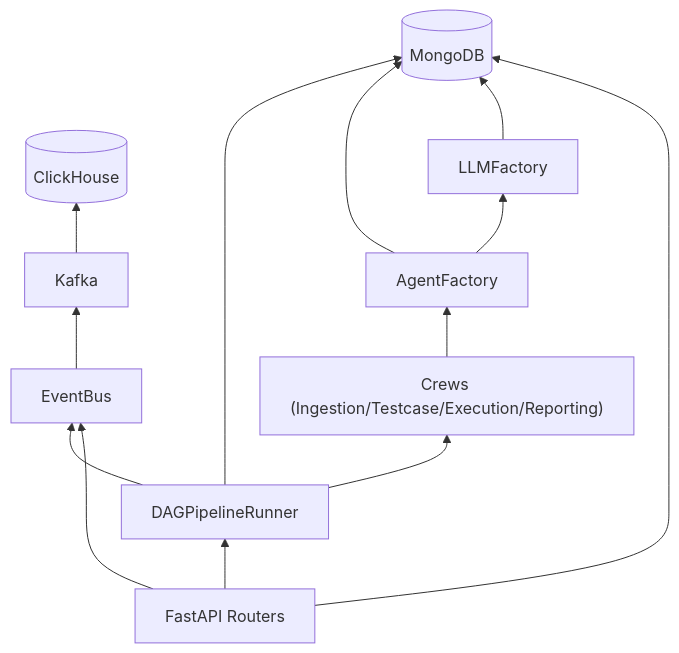
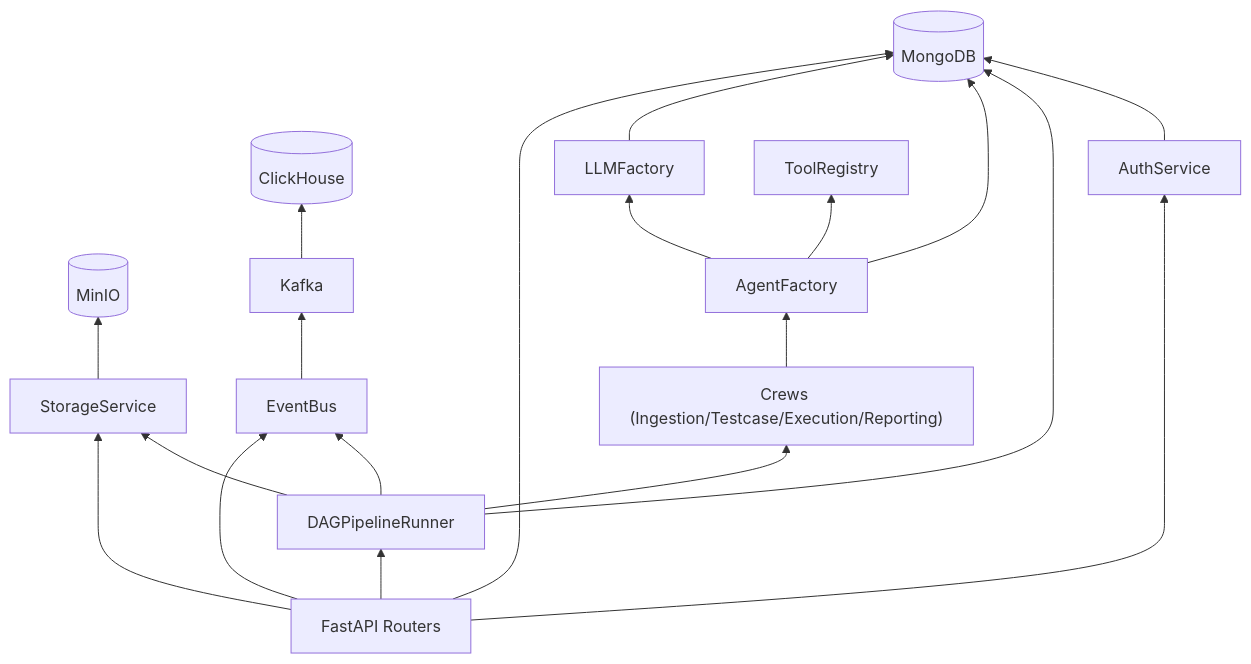
The fifth of 5 diagrams in docs/architecture.md (HenSanInDuty/agent-automation-testing), drawn with Mermaid before and after one commit. The commit also changed other lines of this file and 6 other files, not shown here.

First line of the commit message:
docs: update all docs to reflect JWT auth, MinIO storage, ToolRegistry, RBAC

````diff
--- a/docs/architecture.md
+++ b/docs/architecture.md
@@ -168,23 +207,31 @@
 ```mermaid
 graph BT
     MONGO[("MongoDB")]
+    MINIO[("MinIO")]
     KAFKA["Kafka"]
     CLICKHOUSE[("ClickHouse")]
 
     EVENT_BUS["EventBus"] --> KAFKA
     KAFKA --> CLICKHOUSE
 
+    STORAGE["StorageService"] --> MINIO
+    AUTH_SVC["AuthService"] --> MONGO
+
     DAG_RUNNER["DAGPipelineRunner"] --> MONGO
     DAG_RUNNER --> EVENT_BUS
+    DAG_RUNNER --> STORAGE
 
     AGENT_FACTORY["AgentFactory"] --> MONGO
     LLM_FACTORY["LLMFactory"] --> MONGO
     AGENT_FACTORY --> LLM_FACTORY
+    AGENT_FACTORY --> TOOL_REG["ToolRegistry"]
 
     CREWS["Crews (Ingestion/Testcase/Execution/Reporting)"] --> AGENT_FACTORY
     DAG_RUNNER --> CREWS
 
     API["FastAPI Routers"] --> DAG_RUNNER
     API --> MONGO
     API --> EVENT_BUS
+    API --> AUTH_SVC
+    API --> STORAGE
 ```
````
